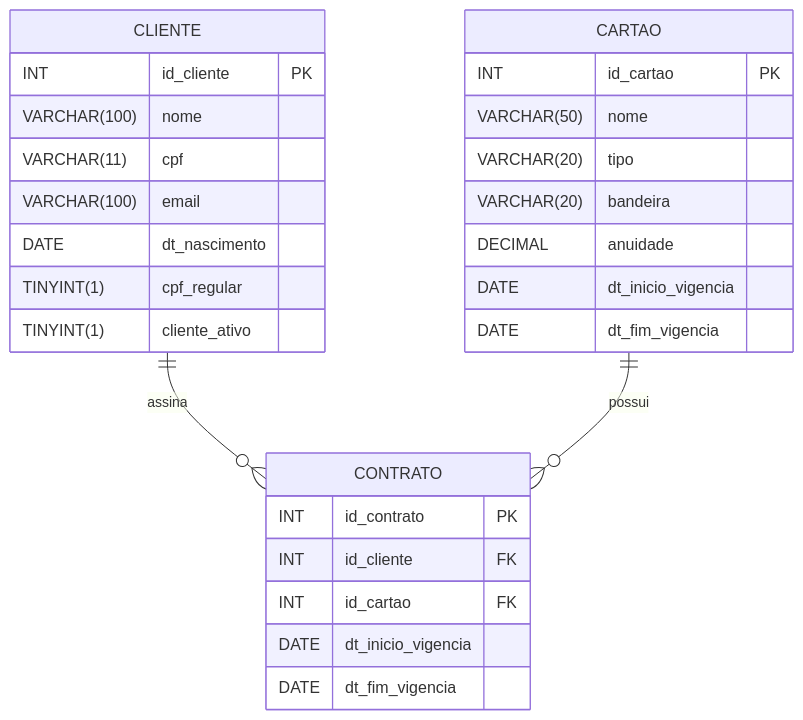
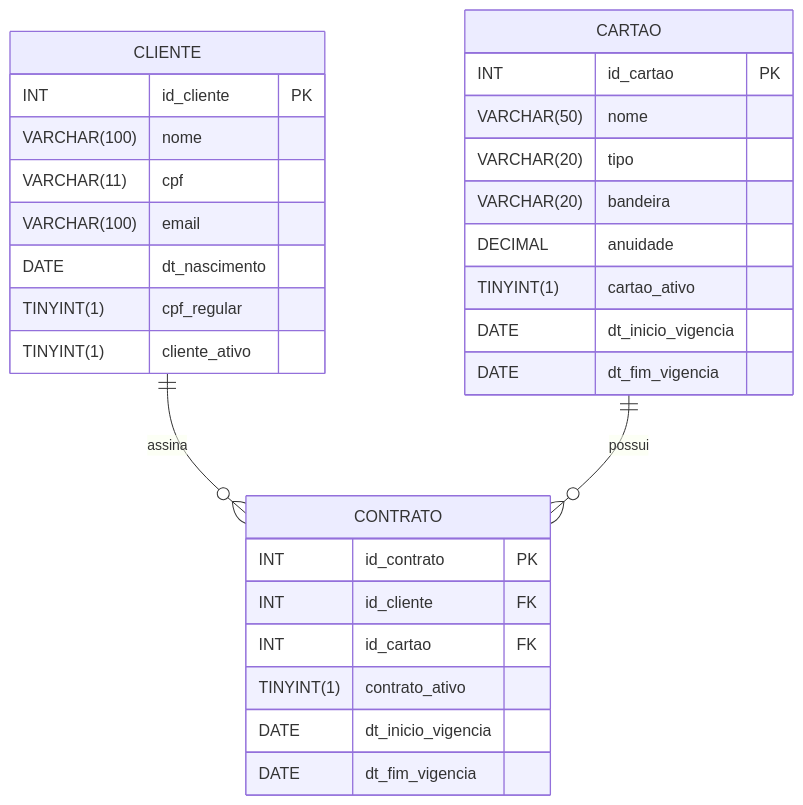
One commit to Pedrones00/credit-card-request-api changed the diagram in README.md. Above: the diagram before and after it, drawn with Mermaid. The commit also changed 6 other files, not shown here.

````diff
--- a/README.md
+++ b/README.md
@@ -71,33 +71,35 @@
 ```mermaid
 erDiagram
     CLIENTE 1--0+ CONTRATO : assina
     CARTAO 1--0+ CONTRATO : possui
 
     CLIENTE {
         INT id_cliente PK
         VARCHAR(100) nome
         VARCHAR(11) cpf
         VARCHAR(100) email
         DATE dt_nascimento
         TINYINT(1) cpf_regular
         TINYINT(1) cliente_ativo
     }
 
     CONTRATO {
         INT id_contrato PK
         INT id_cliente FK
         INT id_cartao FK
+        TINYINT(1) contrato_ativo
         DATE dt_inicio_vigencia
         DATE dt_fim_vigencia
     }
 
     CARTAO {
         INT id_cartao PK
         VARCHAR(50) nome
         VARCHAR(20) tipo
         VARCHAR(20) bandeira
         DECIMAL anuidade
+        TINYINT(1) cartao_ativo
         DATE dt_inicio_vigencia
         DATE dt_fim_vigencia
     }
 ```
````
